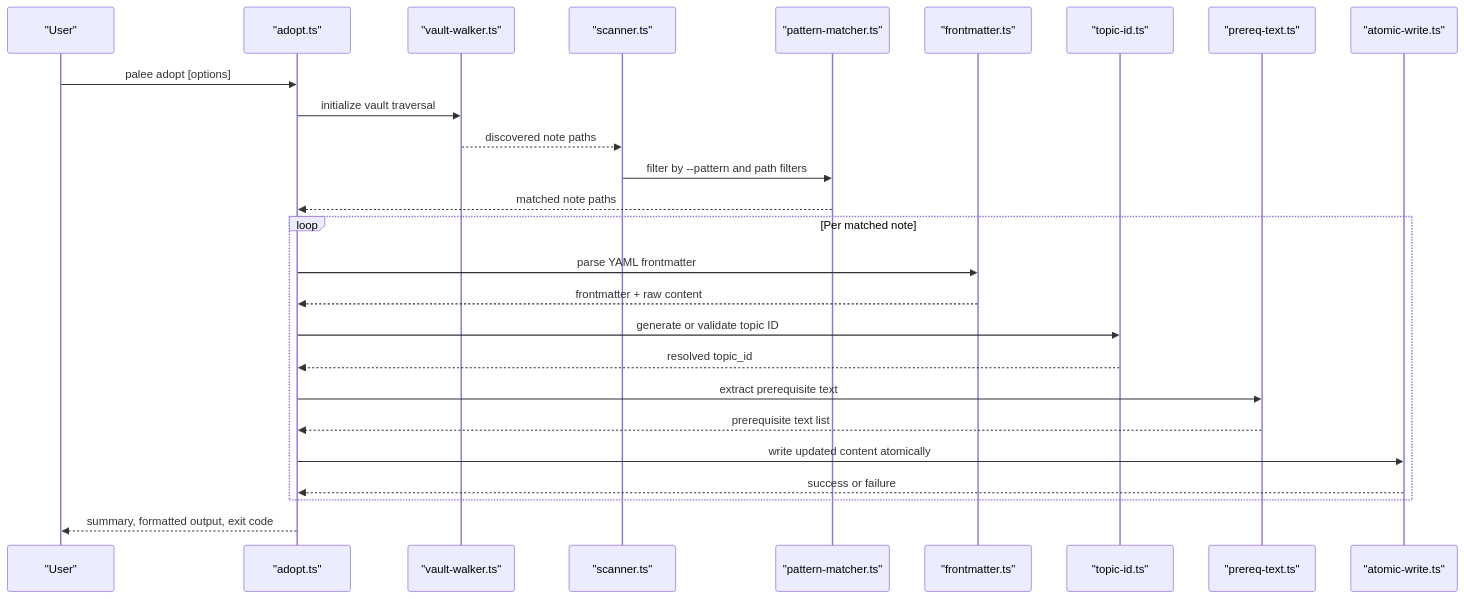
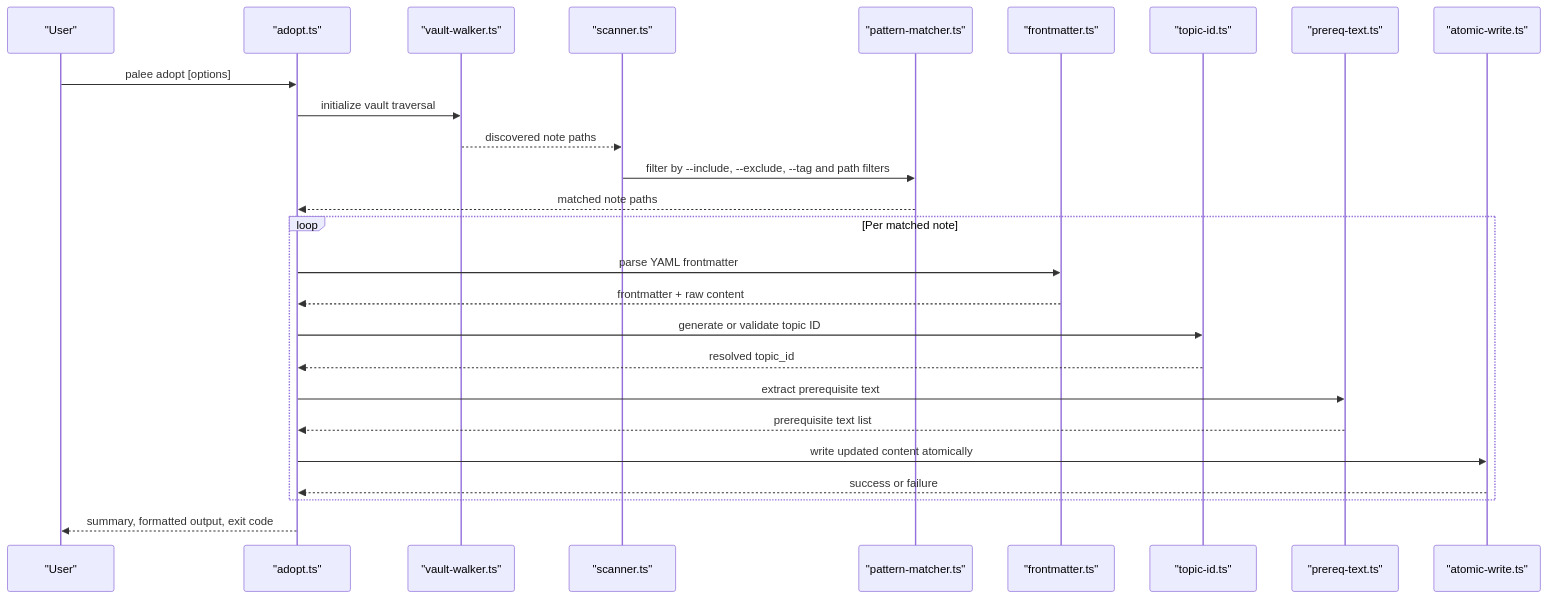
Before and after one commit to Kuldeep2822k/palee-architecture: the second of 6 diagrams in User Guide/Topic Management/Adopting Topics/Adopt Commands and Options.md, drawn with Mermaid. The commit also changed other lines of this file and 5 other files, not shown here.

````diff
--- a/User Guide/Topic Management/Adopting Topics/Adopt Commands and Options.md
+++ b/User Guide/Topic Management/Adopting Topics/Adopt Commands and Options.md
@@ -63,29 +63,29 @@
 ```mermaid
 sequenceDiagram
     participant User as "User"
     participant CLI as "adopt.ts"
     participant Walker as "vault-walker.ts"
     participant Scanner as "scanner.ts"
     participant Matcher as "pattern-matcher.ts"
     participant FM as "frontmatter.ts"
     participant TopicId as "topic-id.ts"
     participant Prereq as "prereq-text.ts"
     participant Writer as "atomic-write.ts"
 
     User->>CLI: palee adopt [options]
     CLI->>Walker: initialize vault traversal
     Walker-->>Scanner: discovered note paths
-    Scanner->>Matcher: filter by --pattern and path filters
+    Scanner->>Matcher: filter by --include, --exclude, --tag and path filters
     Matcher-->>CLI: matched note paths
     loop Per matched note
         CLI->>FM: parse YAML frontmatter
         FM-->>CLI: frontmatter + raw content
         CLI->>TopicId: generate or validate topic ID
         TopicId-->>CLI: resolved topic_id
         CLI->>Prereq: extract prerequisite text
         Prereq-->>CLI: prerequisite text list
         CLI->>Writer: write updated content atomically
         Writer-->>CLI: success or failure
     end
     CLI-->>User: summary, formatted output, exit code
 ```
````
